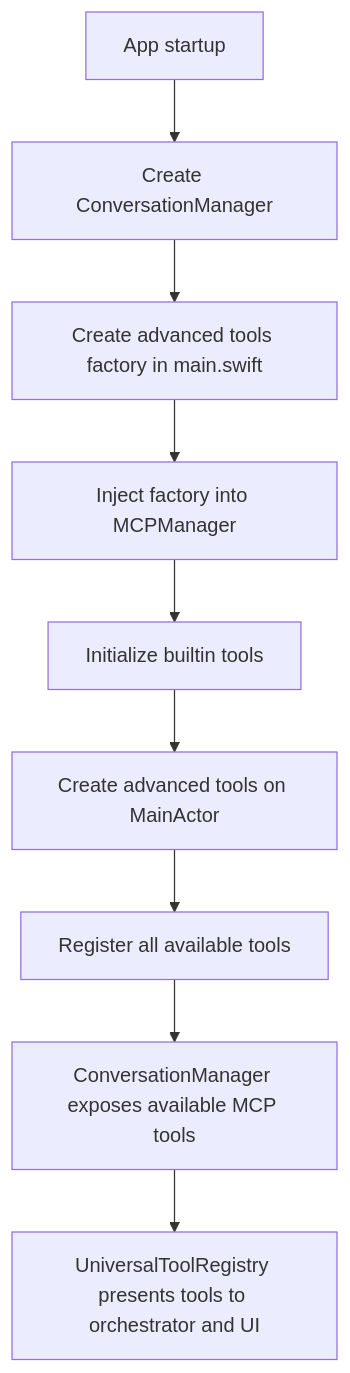
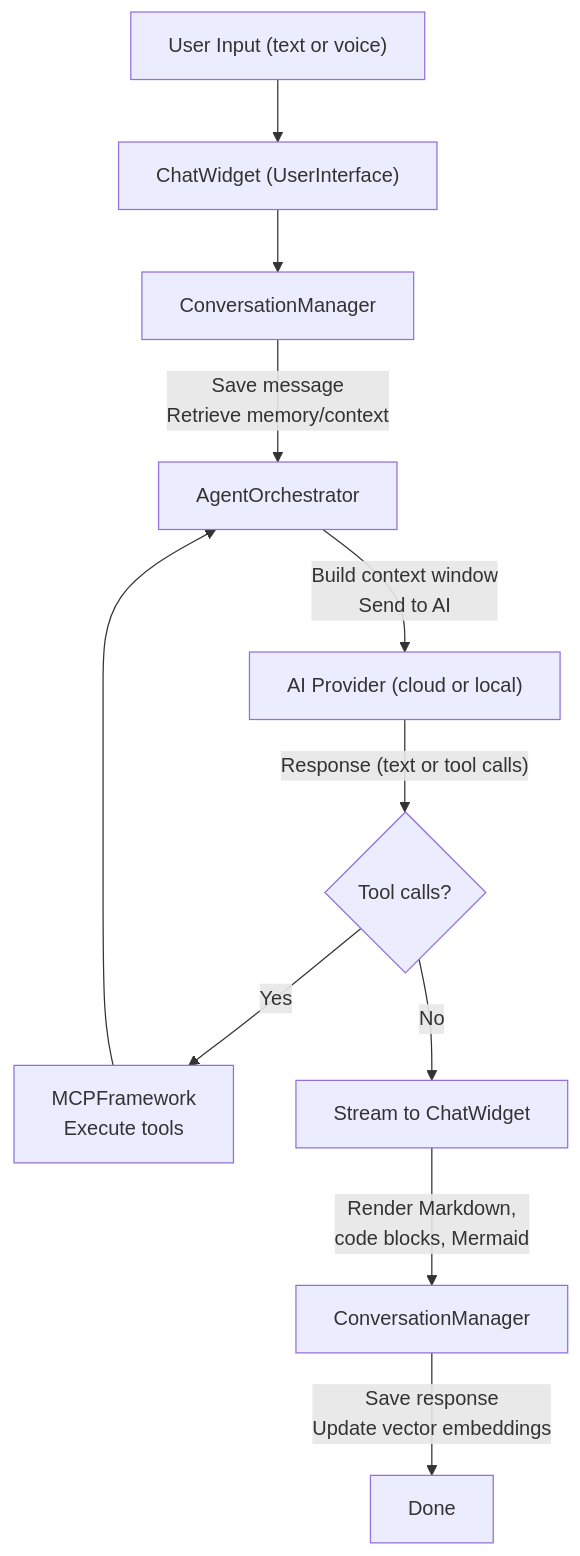
The second of 3 diagrams in docs/ARCHITECTURE.md (SyntheticAutonomicMind/SAM), drawn with Mermaid before and after one commit. The commit also changed other lines of this file and 6 other files, not shown here.

````diff
--- a/docs/ARCHITECTURE.md
+++ b/docs/ARCHITECTURE.md
@@ -234,11 +193,13 @@
 ```mermaid
 flowchart TD
-    A["App startup"] --> B["Create ConversationManager"]
-    B --> C["Create advanced tools factory in main.swift"]
-    C --> D["Inject factory into MCPManager"]
-    D --> E["Initialize builtin tools"]
-    E --> F["Create advanced tools on MainActor"]
-    F --> G["Register all available tools"]
-    G --> H["ConversationManager exposes available MCP tools"]
-    H --> I["UniversalToolRegistry presents tools to orchestrator and UI"]
+    A["User Input (text or voice)"] --> B["ChatWidget (UserInterface)"]
+    B --> C["ConversationManager"]
+    C -->|"Save message\nRetrieve memory/context"| D["AgentOrchestrator"]
+    D -->|"Build context window\nSend to AI"| E["AI Provider (cloud or local)"]
+    E -->|"Response (text or tool calls)"| F{"Tool calls?"}
+    F -->|"Yes"| G["MCPFramework\nExecute tools"]
+    G --> D
+    F -->|"No"| H["Stream to ChatWidget"]
+    H -->|"Render Markdown,\ncode blocks, Mermaid"| I["ConversationManager"]
+    I -->|"Save response\nUpdate vector embeddings"| J["Done"]
 ```
````
